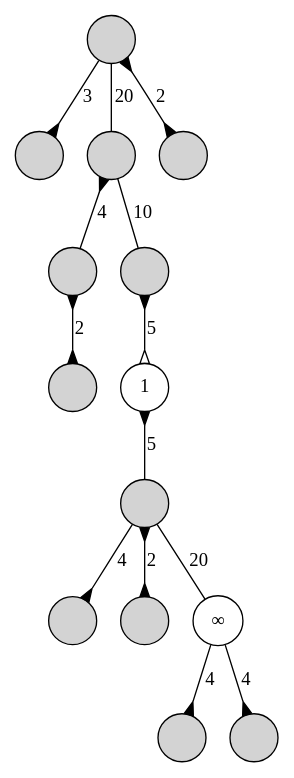
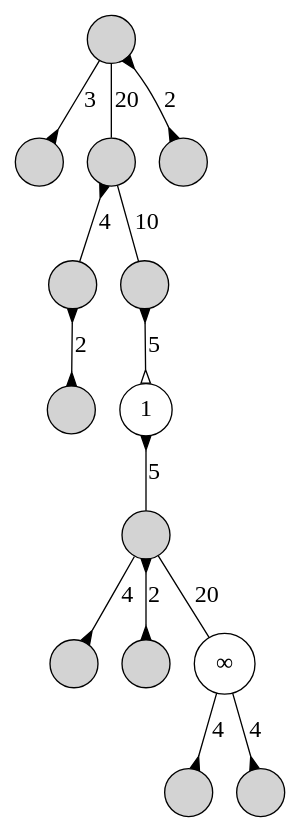
The diagram in graphs/smg/marcotegui-pass1.gv (sgolodetz/waterfallpaper), drawn with Graphviz before and after one commit. The commit also changed 6 other files, not shown here.

```diff
--- a/graphs/smg/marcotegui-pass1.gv
+++ b/graphs/smg/marcotegui-pass1.gv
@@ -1,22 +1,22 @@
 digraph
 {
-	node [shape=circle, style=filled, label=""];
-	edge [dir=both, arrowtail=none, arrowhead=none];
+	node [shape=circle, style=filled, label="", fontsize=18];
+	edge [dir=both, arrowtail=none, arrowhead=none, fontsize=18];
 
 	n00 -> n10 [label=3, arrowhead=inv];
 	n00 -> n11 [label=20];
 	n00 -> n12 [label=2, arrowtail=inv, arrowhead=inv];
 	n11 -> n20 [label=4, arrowtail=inv];
 	n11 -> n21 [label=10];
 	n20 -> n30 [label=2, arrowtail=inv, arrowhead=inv];
 	n21 -> n31 [label=5, arrowtail=inv, arrowhead=oinv];
 	n31 -> n40 [label=5, arrowtail=inv];
 	n40 -> n50 [label=4, arrowhead=inv];
 	n40 -> n51 [label=2, arrowtail=inv, arrowhead=inv];
 	n40 -> n52 [label=20];
 	n52 -> n60 [label=4, arrowhead=inv];
 	n52 -> n61 [label=4, arrowhead=inv];
 
 	n31 [style=solid, label=1];
 	n52 [style=solid, label="&infin;"];
 }
```
